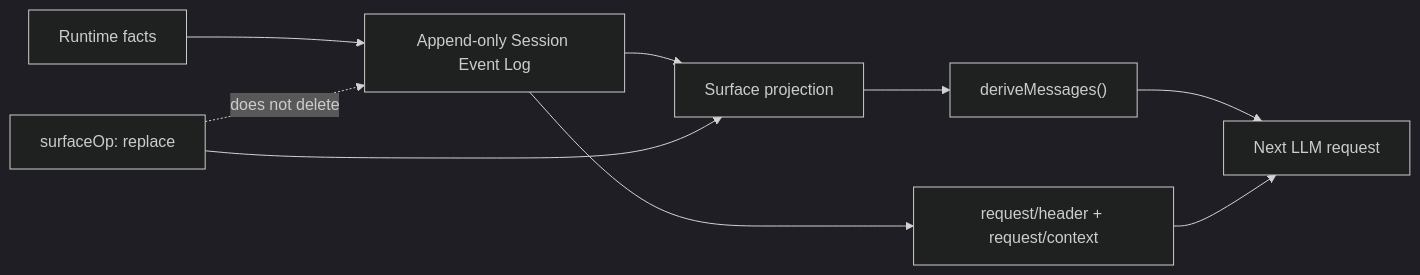
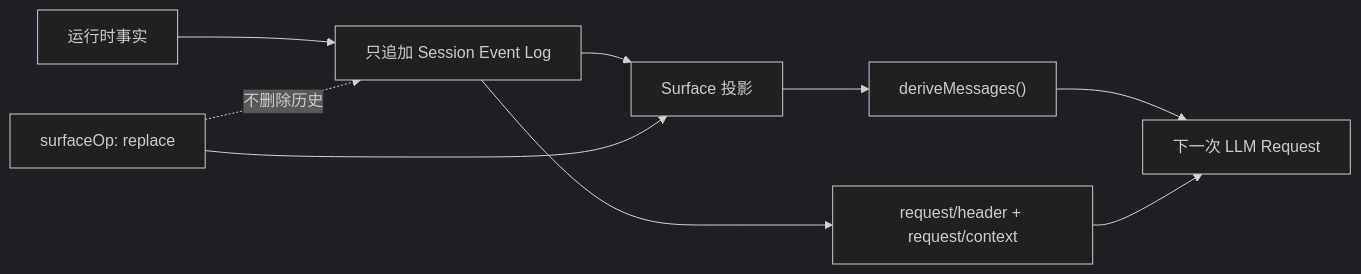
One commit to 0326/dsh-plugin-market changed the diagram in src/react-app/content/whitepaper/v0.1.5-rc.1/05-session-state.md. Above: the diagram before and after it, drawn with Mermaid (dark theme). The commit also changed other lines of this file, not shown here.

Commit message:
docs: expand session subsystem coverage and localize diagram

````diff
--- a/src/react-app/content/whitepaper/v0.1.5-rc.1/05-session-state.md
+++ b/src/react-app/content/whitepaper/v0.1.5-rc.1/05-session-state.md
@@ -22,11 +26,11 @@
 ```mermaid id=session-model
 flowchart LR
-  R["Runtime facts"] --> L["Append-only Session Event Log"]
-  L --> S["Surface projection"]
+  R["运行时事实"] --> L["只追加 Session Event Log"]
+  L --> S["Surface 投影"]
   S --> M["deriveMessages()"]
-  M --> Q["Next LLM request"]
+  M --> Q["下一次 LLM Request"]
   L --> H["request/header + request/context"]
   H --> Q
   X["surfaceOp: replace"] --> S
-  X -. "does not delete" .-> L
+  X -. "不删除历史" .-> L
 ```
````
